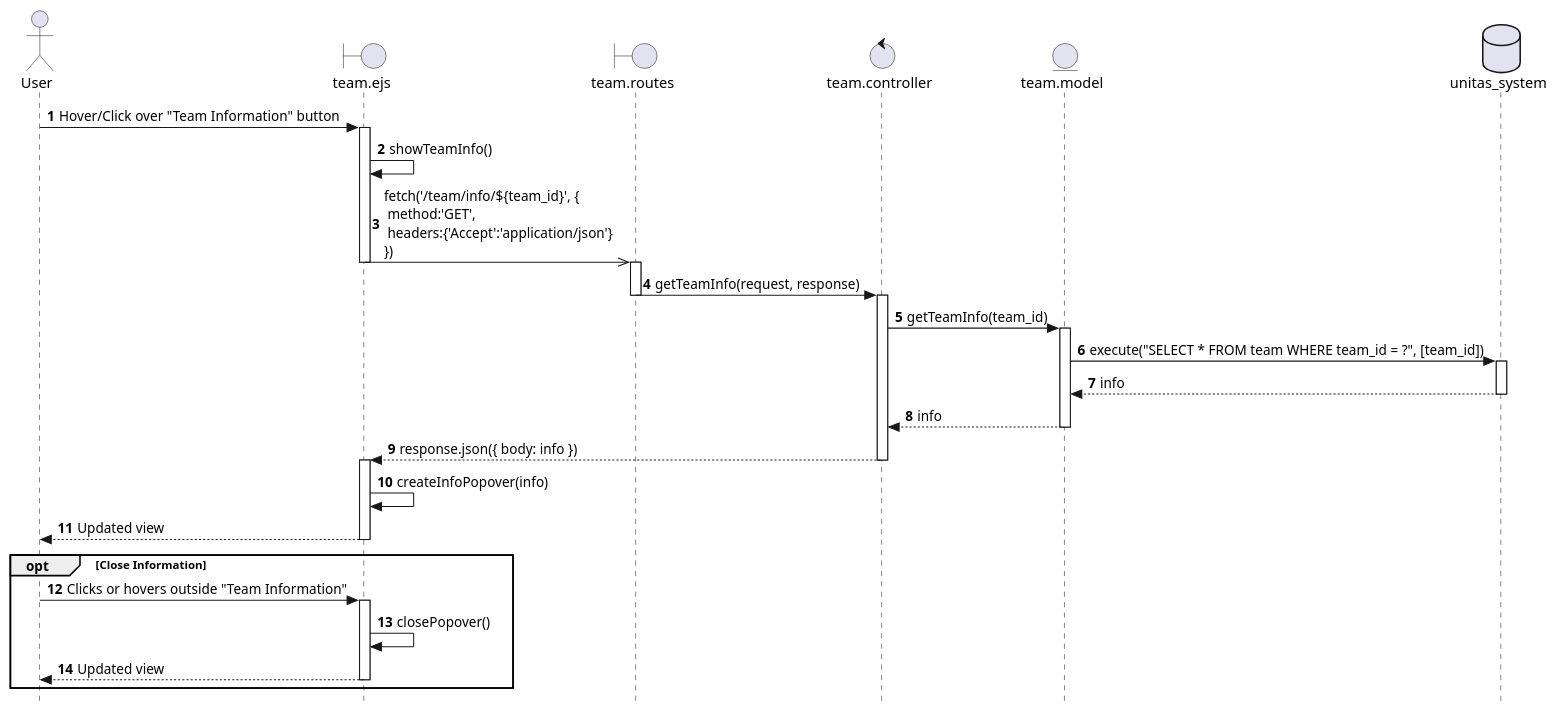
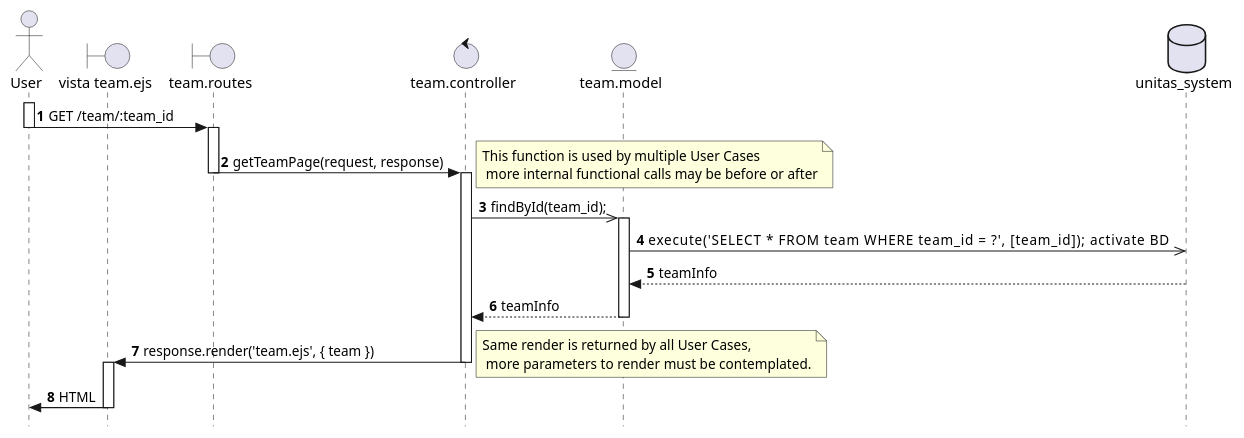
Before and after one commit to Berthou05/LimboSoftwareDevelopment_Change.org: the diagram in documentation/sequence_diagrams/TEAM-04-SD.puml, drawn with PlantUML. The commit also changed 1 other file, not shown here.

Commit message:
[DOCS]: Update of Sequence Diagram PROJ-04, TEAM-04

```diff
--- a/documentation/sequence_diagrams/TEAM-04-SD.puml
+++ b/documentation/sequence_diagrams/TEAM-04-SD.puml
@@ -1,48 +1,34 @@
 @startuml
 skinparam style strictuml
 
 actor User as U
-boundary "team.ejs" as V
+boundary "vista team.ejs" as V
 boundary "team.routes" as RO
 control "team.controller" as C
-entity "team.model" as T
+entity "team.model" as ET
 database "unitas_system" as BD
-
 autonumber
 
-U -> V: Hover/Click over "Team Information" button
-activate V
-V -> V: showTeamInfo()
-V ->> RO: fetch('/team/info/${team_id}', {\n method:'GET',\n headers:{'Accept':'application/json'}\n})
-deactivate V
-
-activate RO
-RO -> C: getTeamInfo(request, response)
-deactivate RO
-
-activate C
-C -> T: getTeamInfo(team_id)
-activate T
-T -> BD: execute("SELECT * FROM team WHERE team_id = ?", [team_id])
-activate BD
-BD --> T: info
-deactivate BD
-T --> C: info
-deactivate T
-C --> V: response.json({ body: info })
-deactivate C
-
-activate V
-V -> V: createInfoPopover(info)
-V --> U: Updated view
-deactivate V
-
-opt Close Information
-    U -> V: Clicks or hovers outside "Team Information"
+activate U
+U->RO: GET /team/:team_id
+deactivate U
+    activate RO
+    RO -> C: getTeamPage(request, response)
+    deactivate RO
+        activate C
+        note right: This function is used by multiple User Cases\n more internal functional calls may be before or after
+        C->>ET: findById(team_id);
+            activate ET
+            ET->>BD: execute('SELECT * FROM team WHERE team_id = ?', [team_id]);                activate BD
+                BD-->ET: teamInfo
+                deactivate BD
+            ET-->C: teamInfo
+            deactivate ET
+        C->V: response.render('team.ejs', { team })
+        note right: Same render is returned by all User Cases, \n more parameters to render must be contemplated.
+        deactivate C
     activate V
-    V -> V: closePopover()
-    V --> U: Updated view
+    V->U: HTML
     deactivate V
-end
 
 @enduml
```
